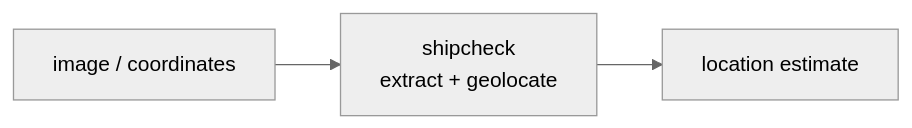
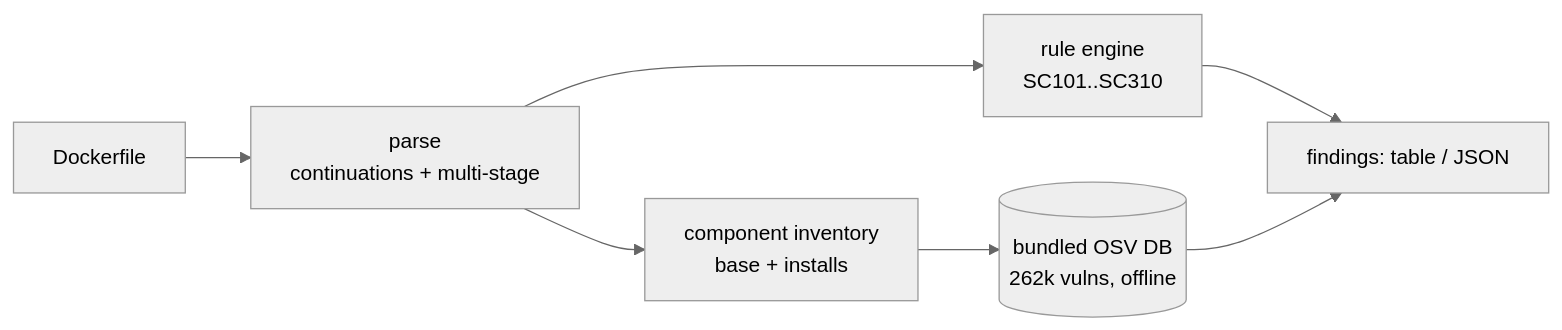
The diagram in README.md (cognis-digital/shipcheck), drawn with Mermaid (neutral theme) before and after one commit. The commit also changed other lines of this file and 16 other files, not shown here.

````diff
--- a/README.md
+++ b/README.md
@@ -178,5 +215,9 @@
 ```mermaid
 flowchart LR
-  IN[image / coordinates] --> P[shipcheck<br/>extract + geolocate]
-  P --> OUT[location estimate]
+  DF[Dockerfile] --> P[parse<br/>continuations + multi-stage]
+  P --> R[rule engine<br/>SC101..SC310]
+  P --> INV[component inventory<br/>base + installs]
+  INV --> DB[(bundled OSV DB<br/>262k vulns, offline)]
+  R --> OUT[findings: table / JSON]
+  DB --> OUT
 ```
````
